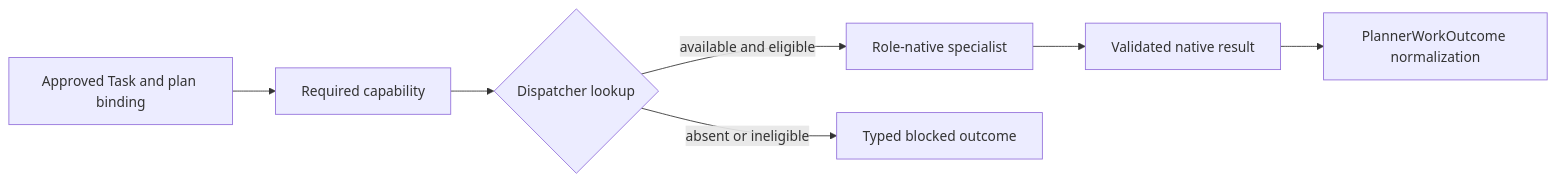
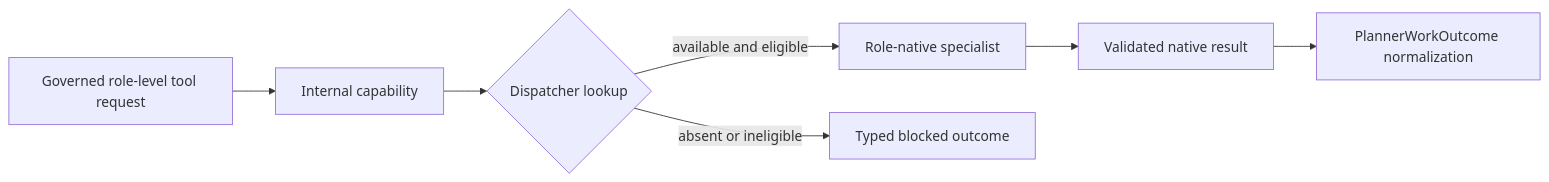
Before and after one commit to 24127027/CogniEDA: the diagram in docs/architecture/executor-and-dispatch.md, drawn with Mermaid. The commit also changed other lines of this file and 12 other files, not shown here.

````diff
--- a/docs/architecture/executor-and-dispatch.md
+++ b/docs/architecture/executor-and-dispatch.md
@@ -169,9 +169,9 @@
 ```mermaid
 flowchart LR
-    T[Approved Task and plan binding] --> R[Required capability]
+    T[Governed role-level tool request] --> R[Internal capability]
     R --> D{Dispatcher lookup}
     D -->|available and eligible| E[Role-native specialist]
     D -->|absent or ineligible| B[Typed blocked outcome]
     E --> N[Validated native result]
     N --> O[PlannerWorkOutcome normalization]
 ```
````
